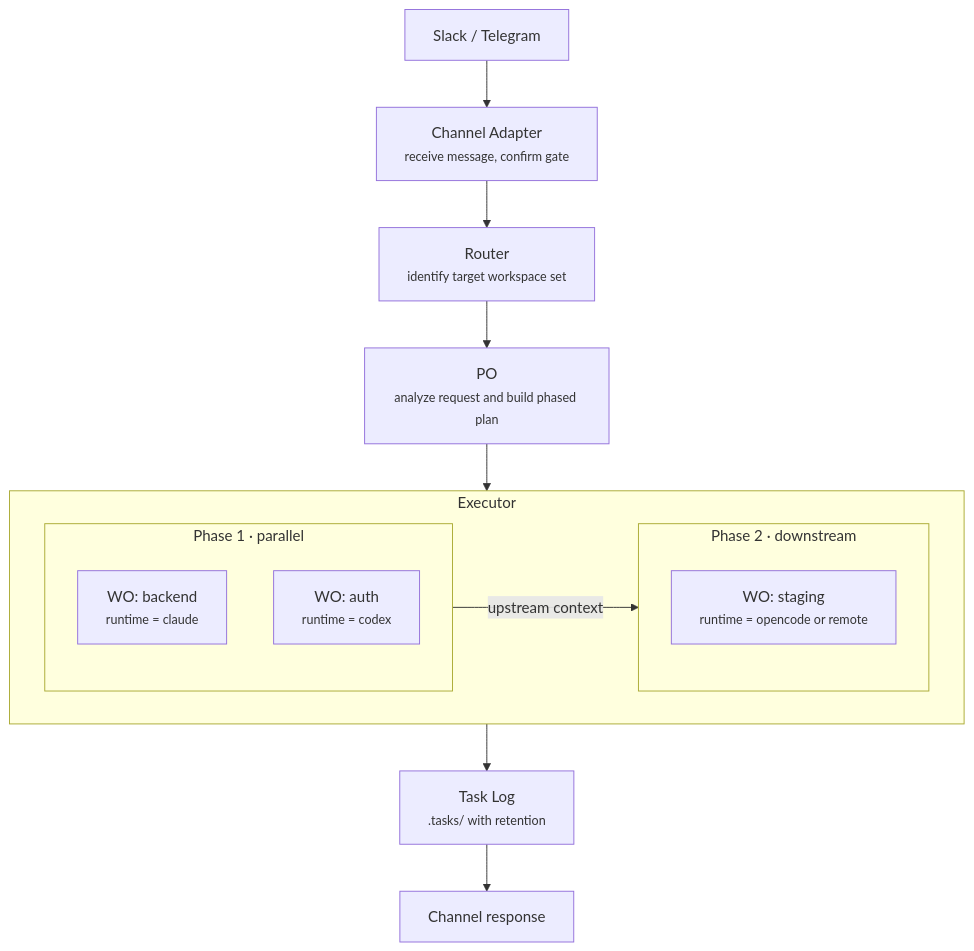
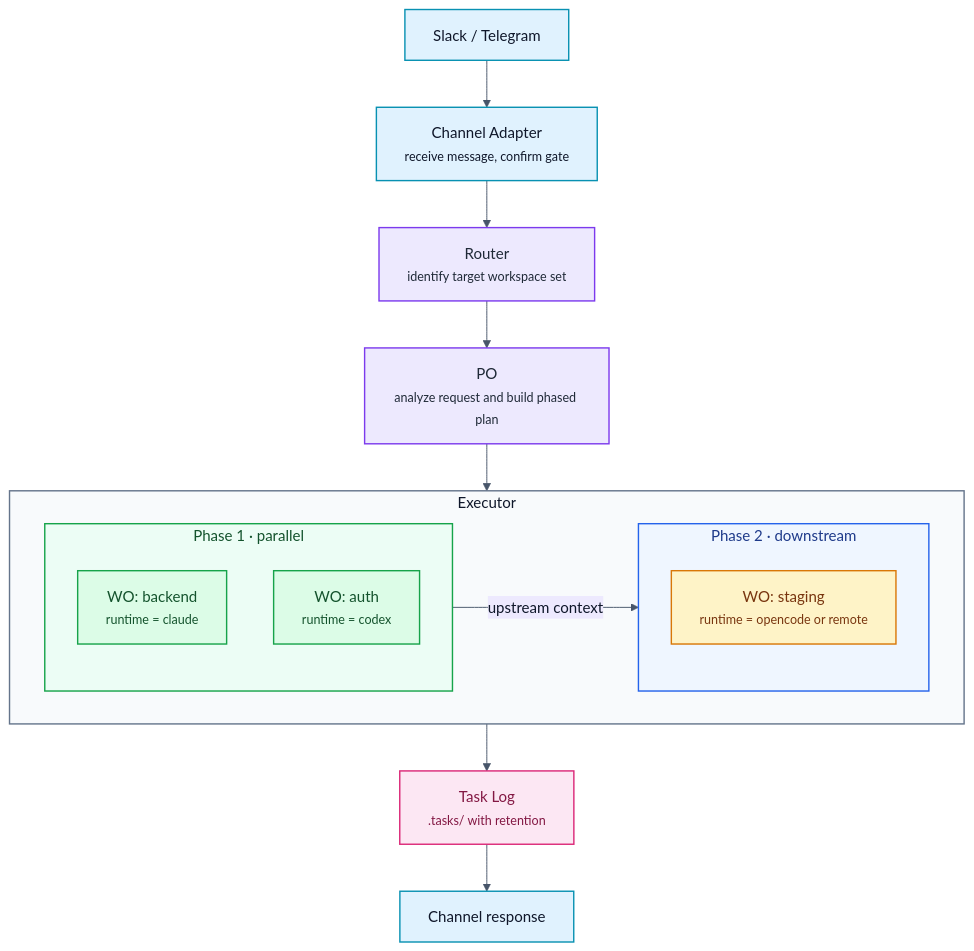
The third of 12 diagrams in README.md (matteblack9/coding-agent-fabric), drawn with Mermaid before and after one commit. The commit also changed other lines of this file, not shown here.

Commit message:
docs: colorize README mermaid diagrams

````diff
--- a/README.md
+++ b/README.md
@@ -90,26 +110,41 @@
 ```mermaid
+%%{init: {"theme":"base","themeVariables":{"primaryColor":"#E6F1FB","primaryTextColor":"#0F172A","primaryBorderColor":"#185FA5","secondaryColor":"#EDE9FE","secondaryTextColor":"#1F2937","secondaryBorderColor":"#7C3AED","tertiaryColor":"#ECFDF5","tertiaryTextColor":"#14532D","tertiaryBorderColor":"#16A34A","lineColor":"#475569","clusterBkg":"#F8FAFC","clusterBorder":"#94A3B8","noteBkgColor":"#FEF3C7","noteTextColor":"#78350F","noteBorderColor":"#D97706","activationBkgColor":"#DBEAFE","activationBorderColor":"#2563EB","sequenceNumberColor":"#0F172A"}}}%%
 flowchart TB
     INPUT["Slack / Telegram"]
     ADAPTER["Channel Adapter<br/><small>receive message, confirm gate</small>"]
     ROUTER["Router<br/><small>identify target workspace set</small>"]
     PO["PO<br/><small>analyze request and build phased plan</small>"]
 
     INPUT --> ADAPTER --> ROUTER --> PO
 
     subgraph EXEC["Executor"]
         subgraph P1["Phase 1 · parallel"]
             W1["WO: backend<br/><small>runtime = claude</small>"]
             W2["WO: auth<br/><small>runtime = codex</small>"]
         end
 
         subgraph P2["Phase 2 · downstream"]
             W3["WO: staging<br/><small>runtime = opencode or remote</small>"]
         end
 
         P1 -->|"upstream context"| P2
     end
 
     PO --> EXEC
     EXEC --> LOG["Task Log<br/><small>.tasks/ with retention</small>"]
     LOG --> OUTPUT["Channel response"]
+
+    classDef channel fill:#E0F2FE,stroke:#0891B2,color:#0F172A,stroke-width:1.5px
+    classDef control fill:#EDE9FE,stroke:#7C3AED,color:#1F2937,stroke-width:1.5px
+    classDef worker fill:#DCFCE7,stroke:#16A34A,color:#14532D,stroke-width:1.5px
+    classDef downstream fill:#FEF3C7,stroke:#D97706,color:#78350F,stroke-width:1.5px
+    classDef log fill:#FCE7F3,stroke:#DB2777,color:#831843,stroke-width:1.5px
+    style EXEC fill:#F8FAFC,stroke:#64748B,stroke-width:1.5px,color:#0F172A
+    style P1 fill:#ECFDF5,stroke:#16A34A,stroke-width:1.5px,color:#14532D
+    style P2 fill:#EFF6FF,stroke:#2563EB,stroke-width:1.5px,color:#1E3A8A
+    class INPUT,OUTPUT,ADAPTER channel
+    class ROUTER,PO control
+    class W1,W2 worker
+    class W3 downstream
+    class LOG log
 ```
````
